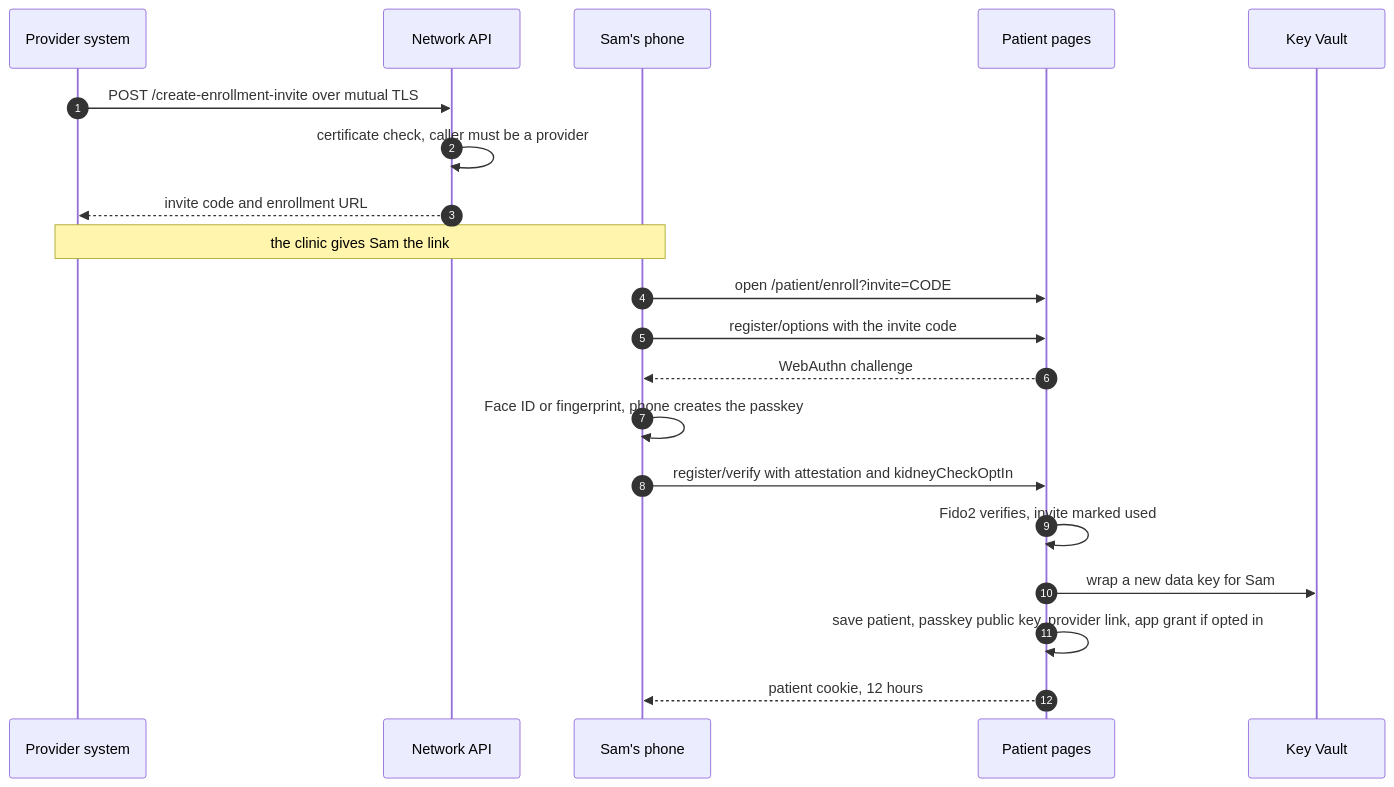
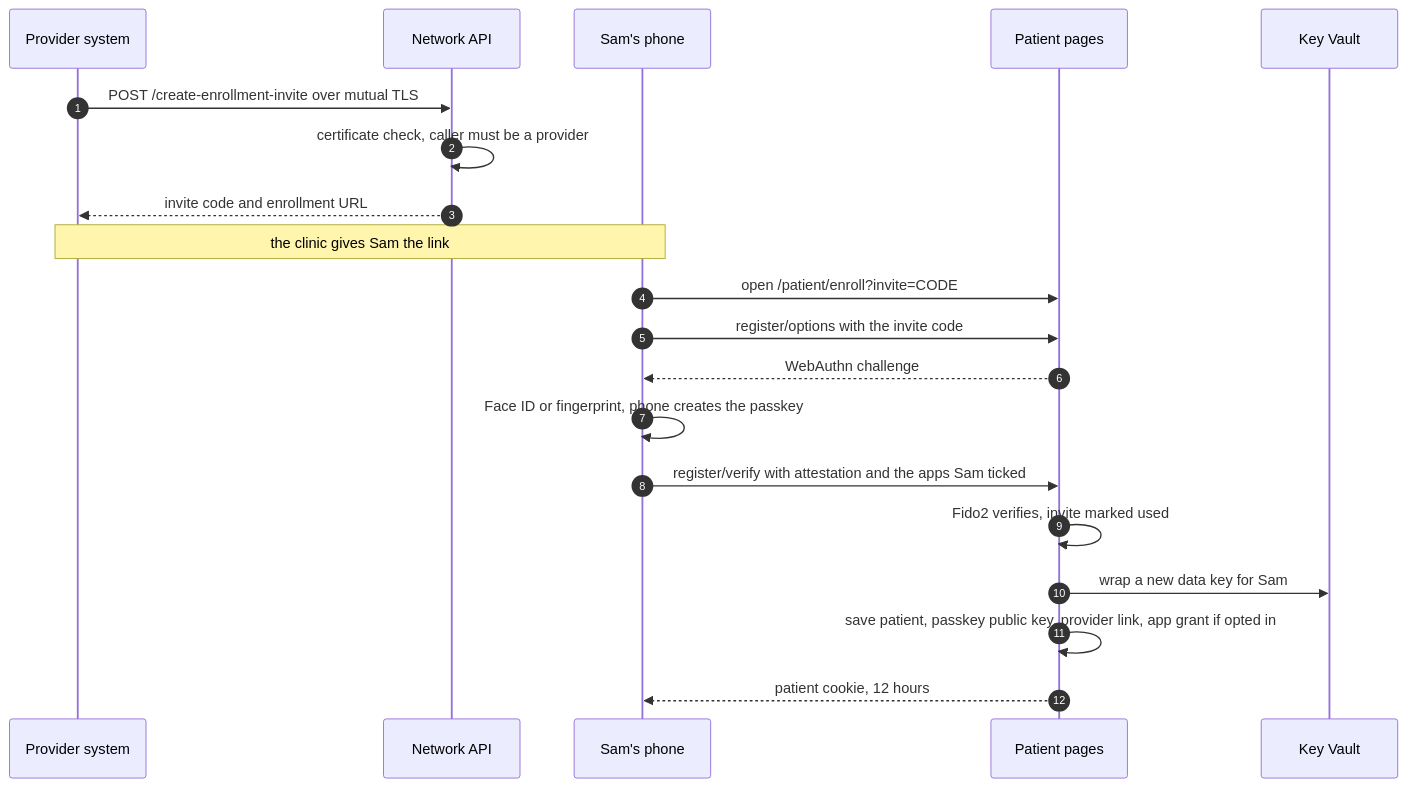
One commit to ParkerHitch/EZEHR changed the third of 13 diagrams in docs/auth-flows.md. Above: the diagram before and after it, drawn with Mermaid. The commit also changed 13 other files, not shown here.

First line of the commit message:
feat: the enrollment page offers every app, not only Kidney Check

````diff
--- a/docs/auth-flows.md
+++ b/docs/auth-flows.md
@@ -173,22 +173,22 @@
 ```mermaid
 sequenceDiagram
   autonumber
   participant Prov as Provider system
   participant Net as Network API
   participant Ph as Sam's phone
   participant Web as Patient pages
   participant KV as Key Vault
   Prov->>Net: POST /create-enrollment-invite over mutual TLS
   Net->>Net: certificate check, caller must be a provider
   Net-->>Prov: invite code and enrollment URL
   Note over Prov,Ph: the clinic gives Sam the link
   Ph->>Web: open /patient/enroll?invite=CODE
   Ph->>Web: register/options with the invite code
   Web-->>Ph: WebAuthn challenge
   Ph->>Ph: Face ID or fingerprint, phone creates the passkey
-  Ph->>Web: register/verify with attestation and kidneyCheckOptIn
+  Ph->>Web: register/verify with attestation and the apps Sam ticked
   Web->>Web: Fido2 verifies, invite marked used
   Web->>KV: wrap a new data key for Sam
   Web->>Web: save patient, passkey public key, provider link, app grant if opted in
   Web-->>Ph: patient cookie, 12 hours
 ```
````
